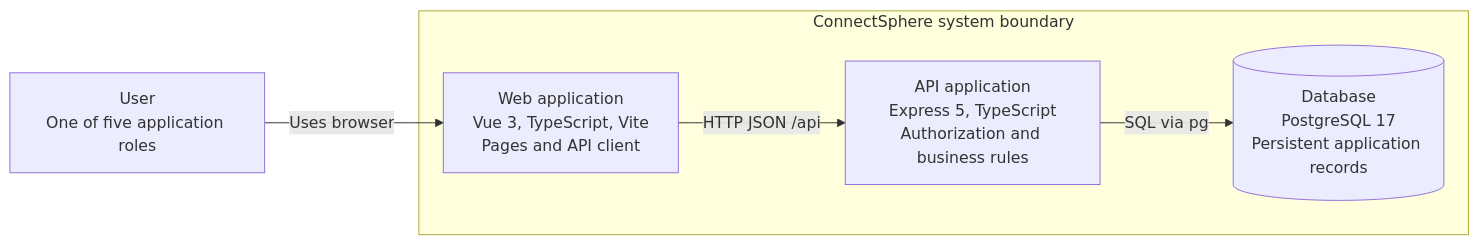
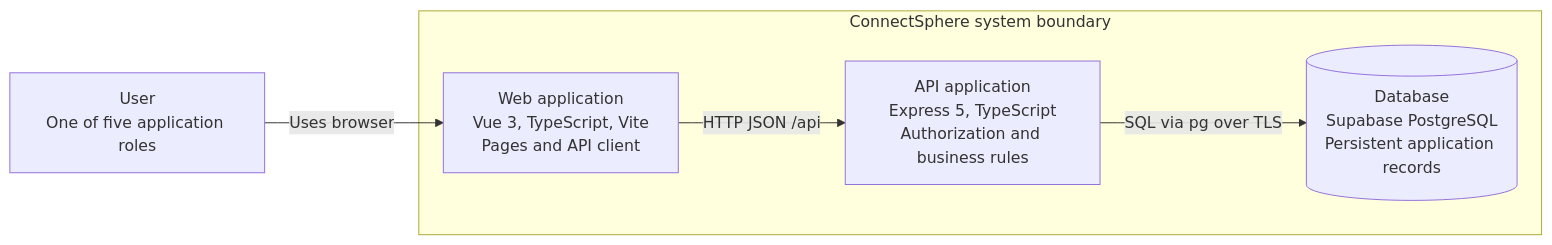
Before and after one commit to MochaLxtte/ConnectSphere: the second of 3 diagrams in docs/architecture/README.md, drawn with Mermaid. The commit also changed other lines of this file and 28 other files, not shown here.

Commit message:
updated scaffolding for Supabase PostgreSQL

````diff
--- a/docs/architecture/README.md
+++ b/docs/architecture/README.md
@@ -26,12 +26,12 @@
 ```mermaid
 flowchart LR
   user["User<br/>One of five application roles"]
   subgraph boundary["ConnectSphere system boundary"]
     web["Web application<br/>Vue 3, TypeScript, Vite<br/>Pages and API client"]
     api["API application<br/>Express 5, TypeScript<br/>Authorization and business rules"]
-    db[("Database<br/>PostgreSQL 17<br/>Persistent application records")]
+    db[("Database<br/>Supabase PostgreSQL<br/>Persistent application records")]
   end
   user -->|Uses browser| web
   web -->|HTTP JSON /api| api
-  api -->|SQL via pg| db
+  api -->|SQL via pg over TLS| db
 ```
````
